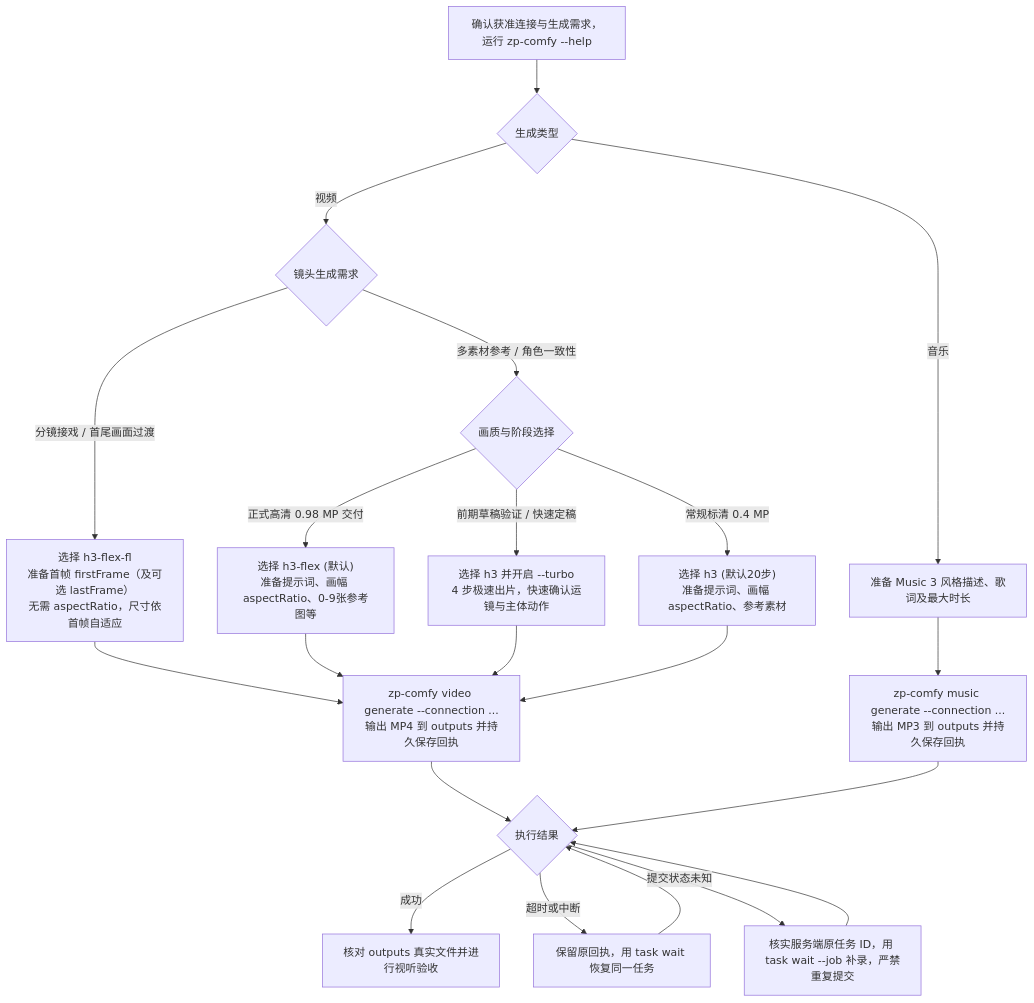
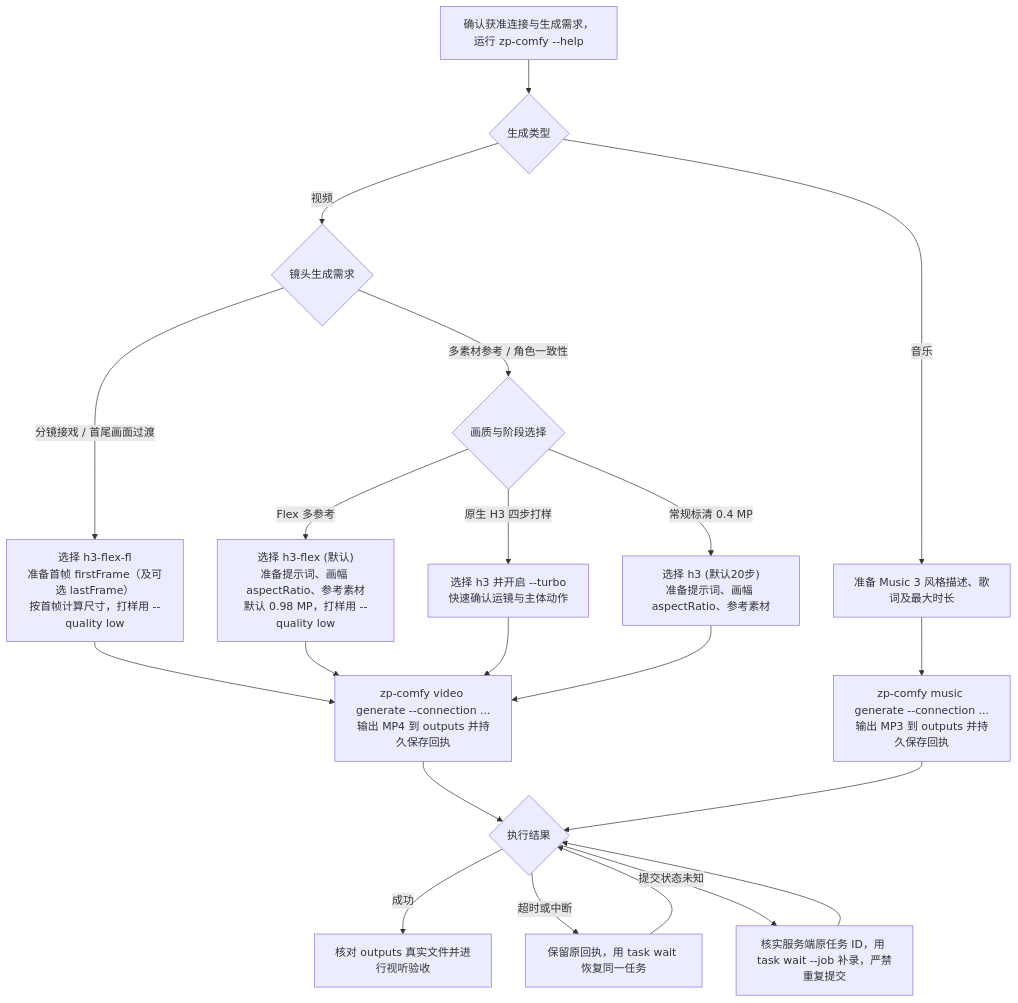
Before and after one commit to huangjiaroro/workbench-resources: the diagram in resources/extensions/plugins/comfyui/skills/comfyui-operations/SKILL.md, drawn with Mermaid. The commit also changed other lines of this file and 88 other files, not shown here.

````diff
--- a/resources/extensions/plugins/comfyui/skills/comfyui-operations/SKILL.md
+++ b/resources/extensions/plugins/comfyui/skills/comfyui-operations/SKILL.md
@@ -27,23 +27,23 @@
 ```mermaid
 flowchart TD
     A["确认获准连接与生成需求，运行 zp-comfy --help"] --> B{"生成类型"}
     B -->|音乐| M["准备 Music 3 风格描述、歌词及最大时长"]
     B -->|视频| V{"镜头生成需求"}
-    V -->|分镜接戏 / 首尾画面过渡| FL["选择 h3-flex-fl<br/>准备首帧 firstFrame（及可选 lastFrame）<br/>无需 aspectRatio，尺寸依首帧自适应"]
+    V -->|分镜接戏 / 首尾画面过渡| FL["选择 h3-flex-fl<br/>准备首帧 firstFrame（及可选 lastFrame）<br/>按首帧计算尺寸，打样用 --quality low"]
     V -->|多素材参考 / 角色一致性| REF{"画质与阶段选择"}
-    REF -->|正式高清 0.98 MP 交付| FLEX["选择 h3-flex (默认)<br/>准备提示词、画幅 aspectRatio、0-9张参考图等"]
-    REF -->|前期草稿验证 / 快速定稿| TURBO["选择 h3 并开启 --turbo<br/>4 步极速出片，快速确认运镜与主体动作"]
+    REF -->|Flex 多参考| FLEX["选择 h3-flex (默认)<br/>准备提示词、画幅 aspectRatio、参考素材<br/>默认 0.98 MP，打样用 --quality low"]
+    REF -->|原生 H3 四步打样| TURBO["选择 h3 并开启 --turbo<br/>快速确认运镜与主体动作"]
     REF -->|常规标清 0.4 MP| H3["选择 h3 (默认20步)<br/>准备提示词、画幅 aspectRatio、参考素材"]
     FL --> RUN_V["zp-comfy video generate --connection ...<br/>输出 MP4 到 outputs 并持久保存回执"]
     FLEX --> RUN_V
     TURBO --> RUN_V
     H3 --> RUN_V
     M --> RUN_M["zp-comfy music generate --connection ...<br/>输出 MP3 到 outputs 并持久保存回执"]
     RUN_V --> R{"执行结果"}
     RUN_M --> R
     R -->|成功| S["核对 outputs 真实文件并进行视听验收"]
     R -->|超时或中断| T["保留原回执，用 task wait 恢复同一任务"]
     R -->|提交状态未知| U["核实服务端原任务 ID，用 task wait --job 补录，严禁重复提交"]
     T --> R
     U --> R
 ```
````
